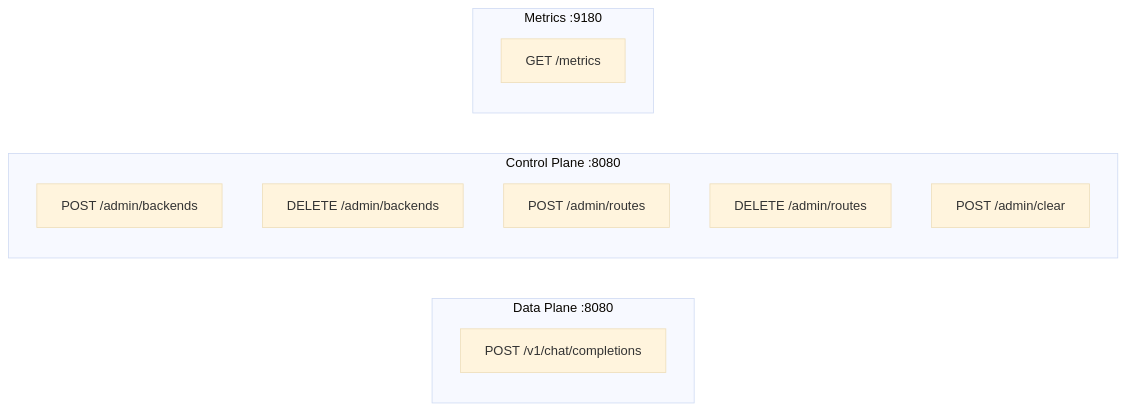
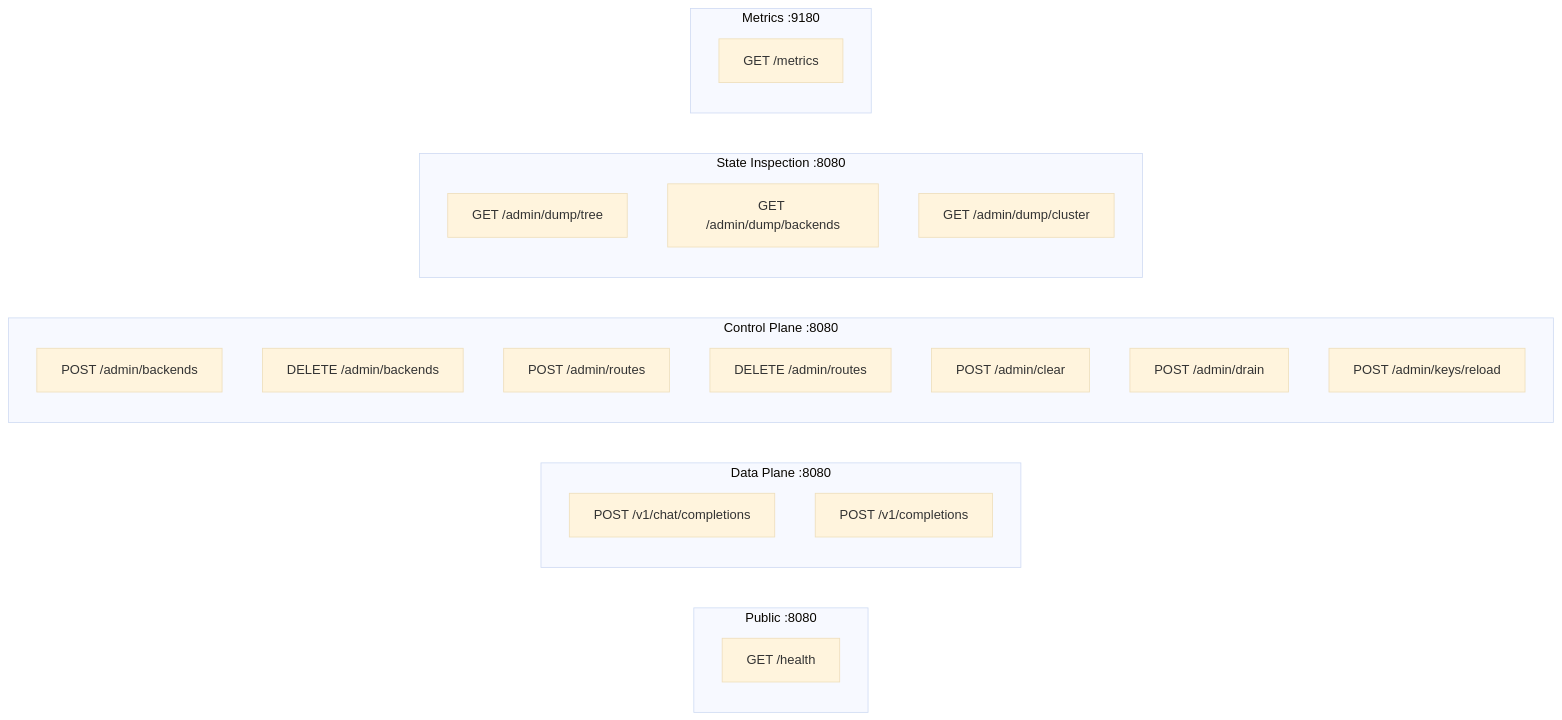
Before and after one commit to Ranvier-Systems/ranvier-core: the diagram in docs/api/reference.md, drawn with Mermaid (base theme). The commit also changed other lines of this file, not shown here.

````diff
--- a/docs/api/reference.md
+++ b/docs/api/reference.md
@@ -5,18 +5,31 @@
 ```mermaid
 flowchart LR
+    subgraph "Public :8080"
+        P1[GET /health]
+    end
+
     subgraph "Data Plane :8080"
         D1[POST /v1/chat/completions]
+        D2[POST /v1/completions]
     end
 
     subgraph "Control Plane :8080"
         C1[POST /admin/backends]
         C2[DELETE /admin/backends]
         C3[POST /admin/routes]
         C4[DELETE /admin/routes]
         C5[POST /admin/clear]
+        C6[POST /admin/drain]
+        C7[POST /admin/keys/reload]
+    end
+
+    subgraph "State Inspection :8080"
+        S1[GET /admin/dump/tree]
+        S2[GET /admin/dump/backends]
+        S3[GET /admin/dump/cluster]
     end
 
     subgraph "Metrics :9180"
         M1[GET /metrics]
     end
 ```
````
